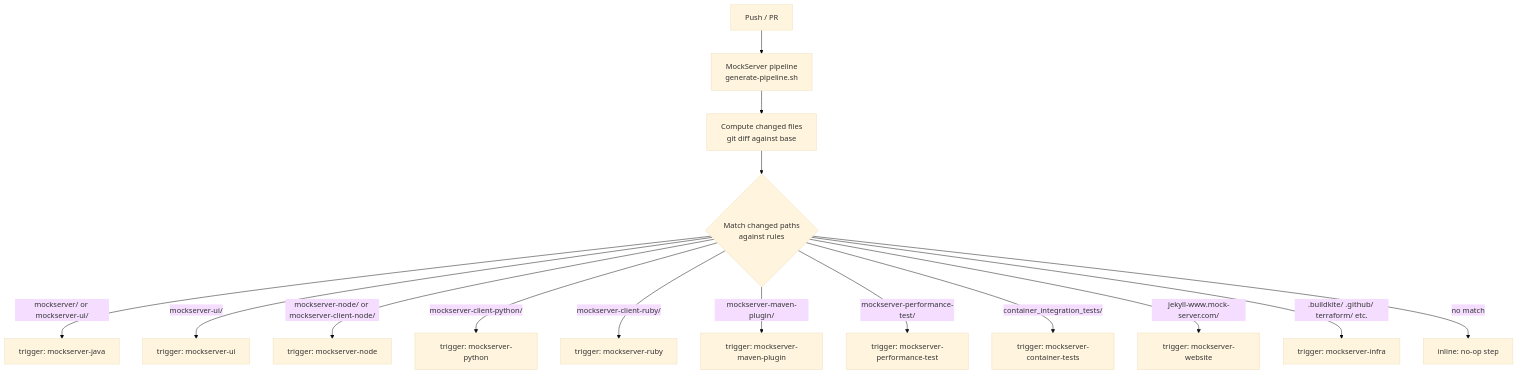
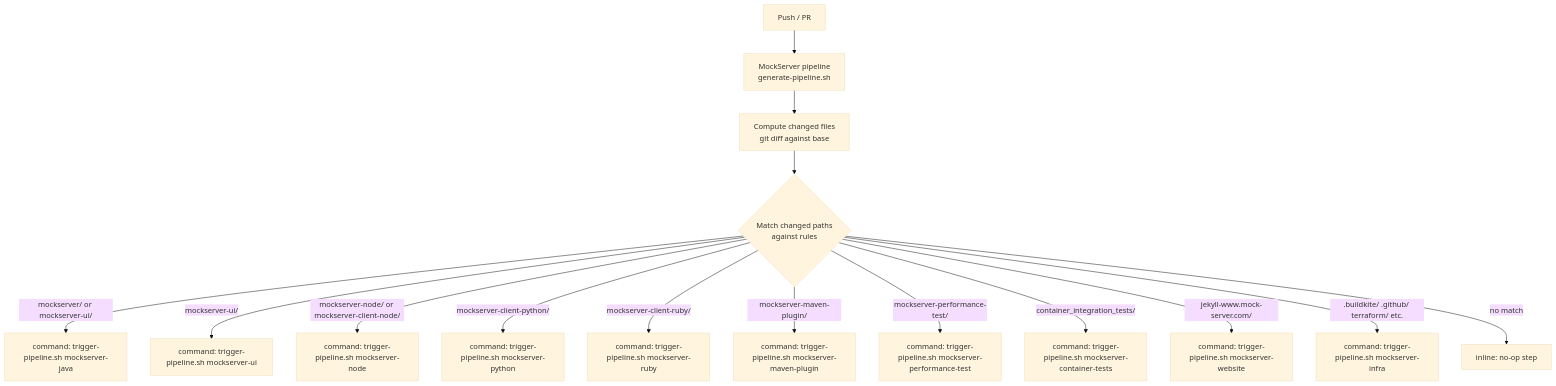
One commit to mock-server/mockserver changed the second of 7 diagrams in docs/infrastructure/ci-cd.md. Above: the diagram before and after it, drawn with Mermaid (base theme). The commit also changed other lines of this file and 4 other files, not shown here.

First line of the commit message:
Replace Buildkite trigger steps with API-based triggers to fix bot-authored PR builds

````diff
--- a/docs/infrastructure/ci-cd.md
+++ b/docs/infrastructure/ci-cd.md
@@ -42,20 +42,20 @@
 ```mermaid
 flowchart TD
     PUSH[Push / PR] --> ORCHESTRATOR["MockServer pipeline
 generate-pipeline.sh"]
     ORCHESTRATOR --> DIFF["Compute changed files
 git diff against base"]
     DIFF --> MATCH{"Match changed paths
 against rules"}
-    MATCH -->|mockserver/ or mockserver-ui/| JAVA["trigger: mockserver-java"]
-    MATCH -->|mockserver-ui/| UI["trigger: mockserver-ui"]
-    MATCH -->|mockserver-node/ or mockserver-client-node/| NODE["trigger: mockserver-node"]
-    MATCH -->|mockserver-client-python/| PYTHON["trigger: mockserver-python"]
-    MATCH -->|mockserver-client-ruby/| RUBY["trigger: mockserver-ruby"]
-    MATCH -->|mockserver-maven-plugin/| MAVEN_PLUGIN["trigger: mockserver-maven-plugin"]
-    MATCH -->|mockserver-performance-test/| PERF["trigger: mockserver-performance-test"]
-    MATCH -->|container_integration_tests/| CONTAINER["trigger: mockserver-container-tests"]
-    MATCH -->|jekyll-www.mock-server.com/| WEBSITE["trigger: mockserver-website"]
-    MATCH -->|.buildkite/ .github/ terraform/ etc.| INFRA["trigger: mockserver-infra"]
+    MATCH -->|mockserver/ or mockserver-ui/| JAVA["command: trigger-pipeline.sh mockserver-java"]
+    MATCH -->|mockserver-ui/| UI["command: trigger-pipeline.sh mockserver-ui"]
+    MATCH -->|mockserver-node/ or mockserver-client-node/| NODE["command: trigger-pipeline.sh mockserver-node"]
+    MATCH -->|mockserver-client-python/| PYTHON["command: trigger-pipeline.sh mockserver-python"]
+    MATCH -->|mockserver-client-ruby/| RUBY["command: trigger-pipeline.sh mockserver-ruby"]
+    MATCH -->|mockserver-maven-plugin/| MAVEN_PLUGIN["command: trigger-pipeline.sh mockserver-maven-plugin"]
+    MATCH -->|mockserver-performance-test/| PERF["command: trigger-pipeline.sh mockserver-performance-test"]
+    MATCH -->|container_integration_tests/| CONTAINER["command: trigger-pipeline.sh mockserver-container-tests"]
+    MATCH -->|jekyll-www.mock-server.com/| WEBSITE["command: trigger-pipeline.sh mockserver-website"]
+    MATCH -->|.buildkite/ .github/ terraform/ etc.| INFRA["command: trigger-pipeline.sh mockserver-infra"]
     MATCH -->|no match| DEFAULT["inline: no-op step"]
 ```
````
